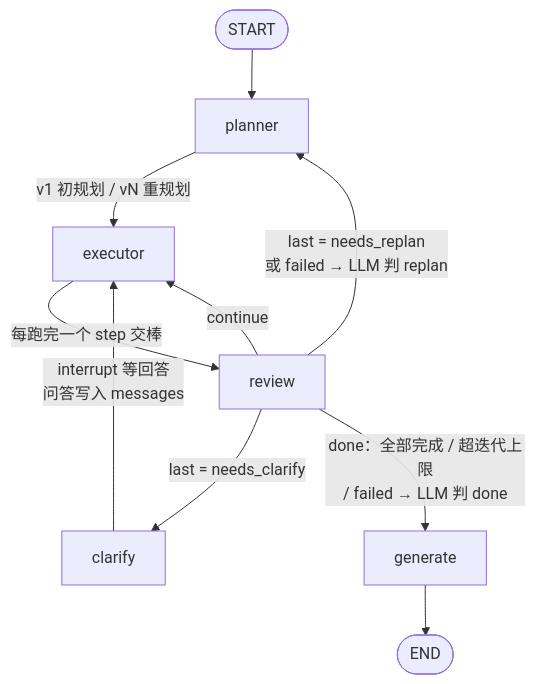
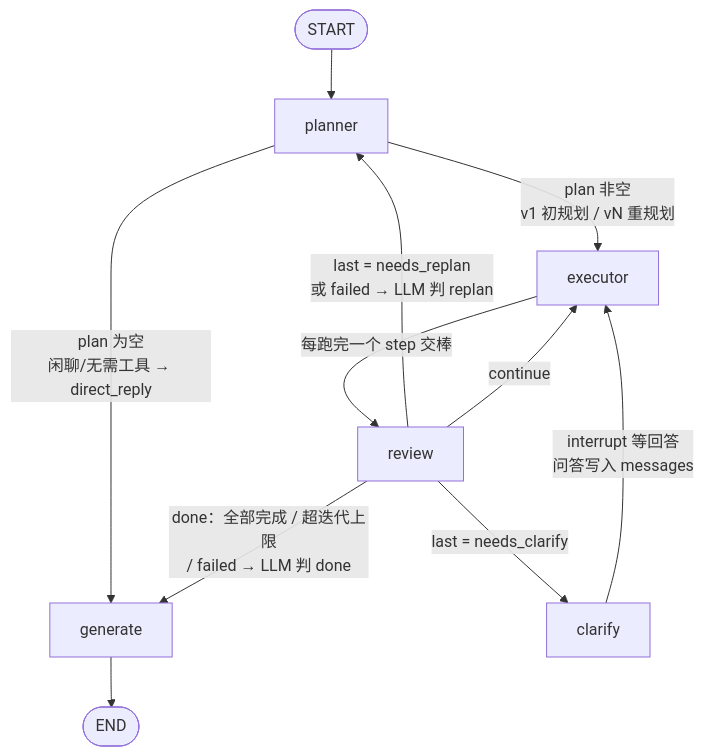
Before and after one commit to summerquill/e-commerce-agent: the first of 3 diagrams in docs/plan-execute-design.md, drawn with Mermaid. The commit also changed other lines of this file and 3 other files, not shown here.

````diff
--- a/docs/plan-execute-design.md
+++ b/docs/plan-execute-design.md
@@ -24,12 +24,13 @@
 ```mermaid
 flowchart TD
     START([START]) --> planner
-    planner -->|v1 初规划 / vN 重规划| executor
+    planner -->|plan 非空<br>v1 初规划 / vN 重规划| executor
+    planner -->|plan 为空<br>闲聊/无需工具 → direct_reply| generate
     executor -->|每跑完一个 step 交棒| review
     review -->|last = needs_clarify| clarify
     clarify -->|interrupt 等回答<br>问答写入 messages| executor
     review -->|last = needs_replan<br>或 failed → LLM 判 replan| planner
     review -->|continue| executor
     review -->|done：全部完成 / 超迭代上限<br>/ failed → LLM 判 done| generate
     generate --> END([END])
 ```
````
